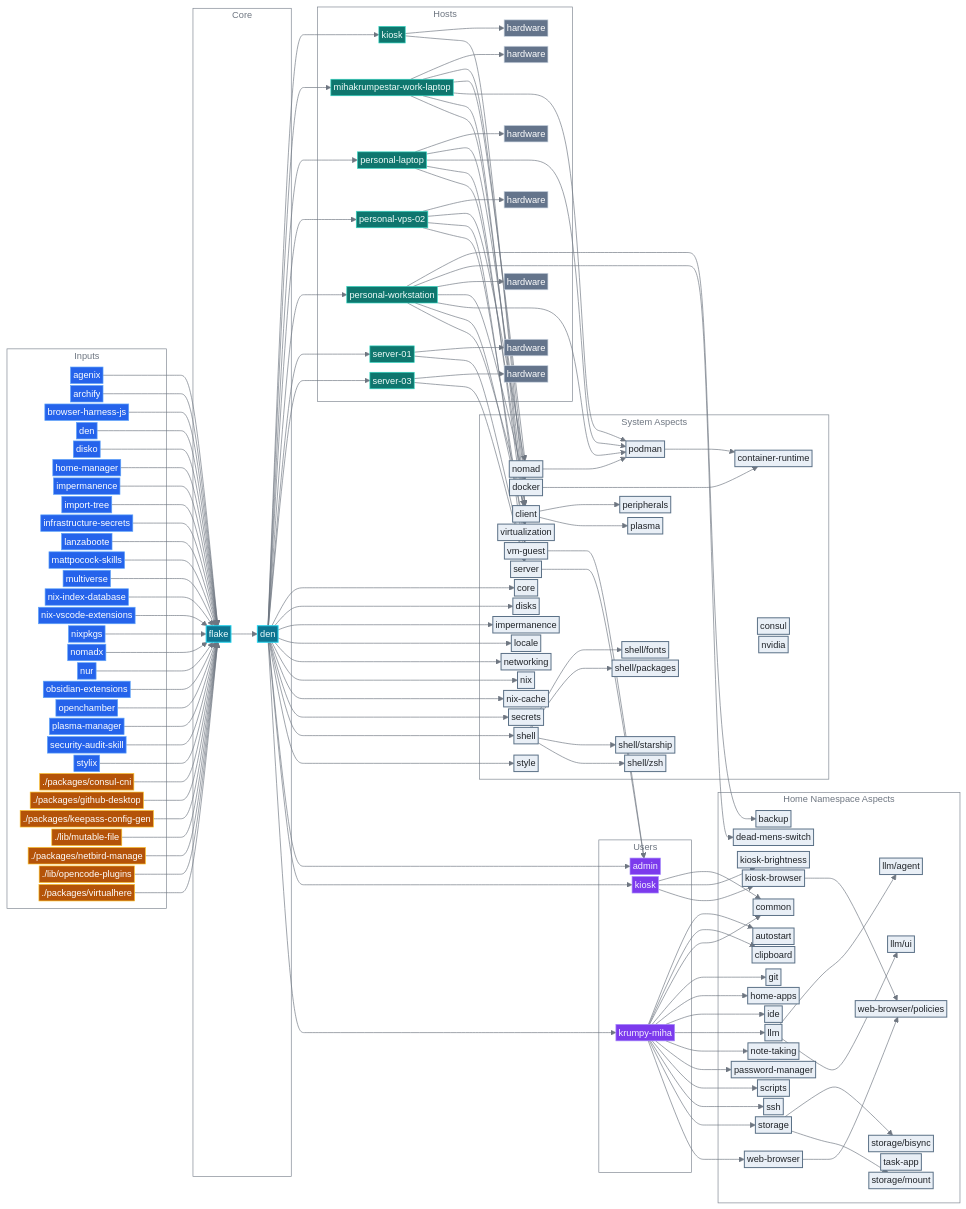
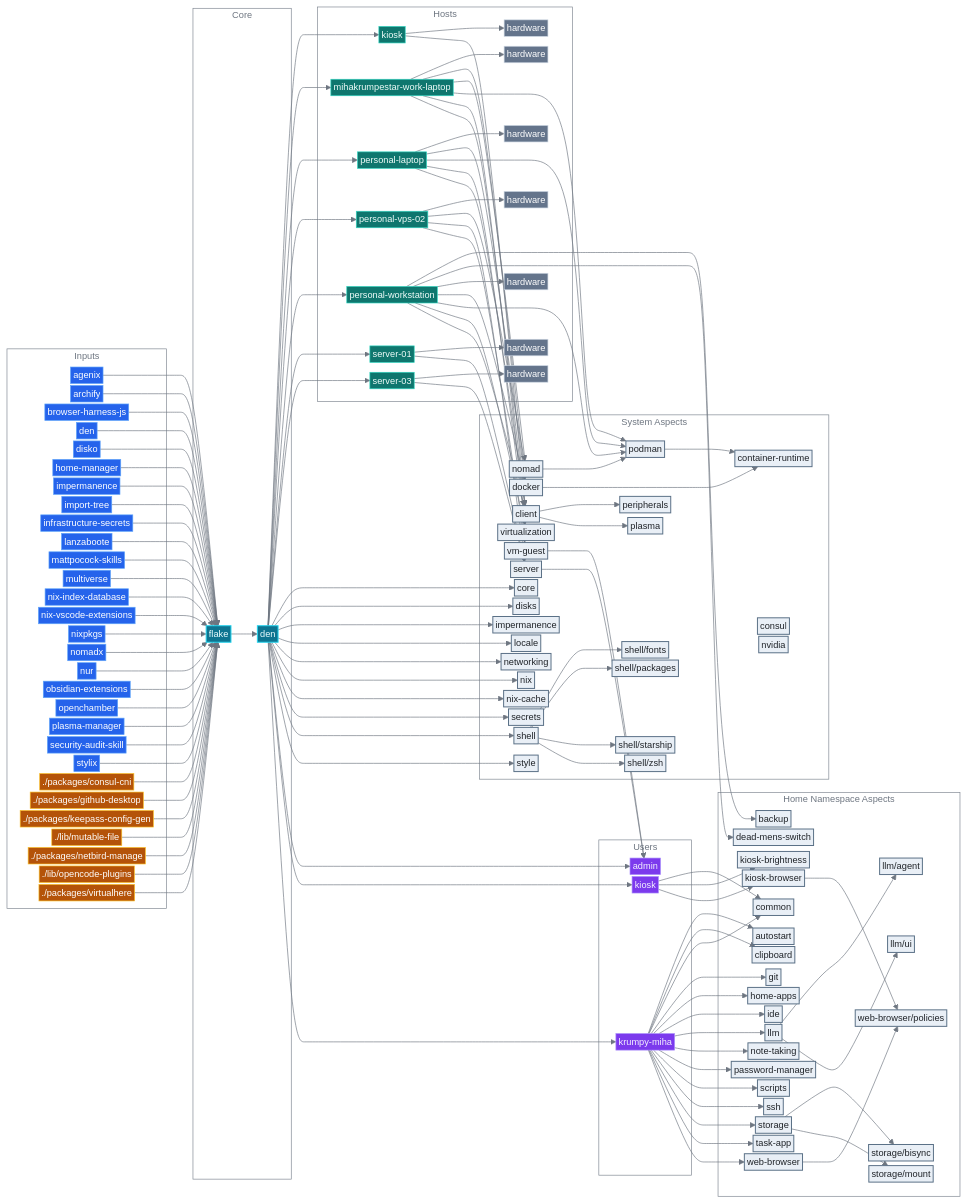
One commit to mihakrumpestar/infrastructure changed the diagram in README.md. Above: the diagram before and after it, drawn with Mermaid. The commit also changed other lines of this file and 6 other files, not shown here.

````diff
--- a/README.md
+++ b/README.md
@@ -357,6 +357,7 @@
     user_krumpy_miha --> home_scripts
     user_krumpy_miha --> home_ssh
     user_krumpy_miha --> home_storage
+    user_krumpy_miha --> home_task_app
     user_krumpy_miha --> home_web_browser
 
 ```
````
